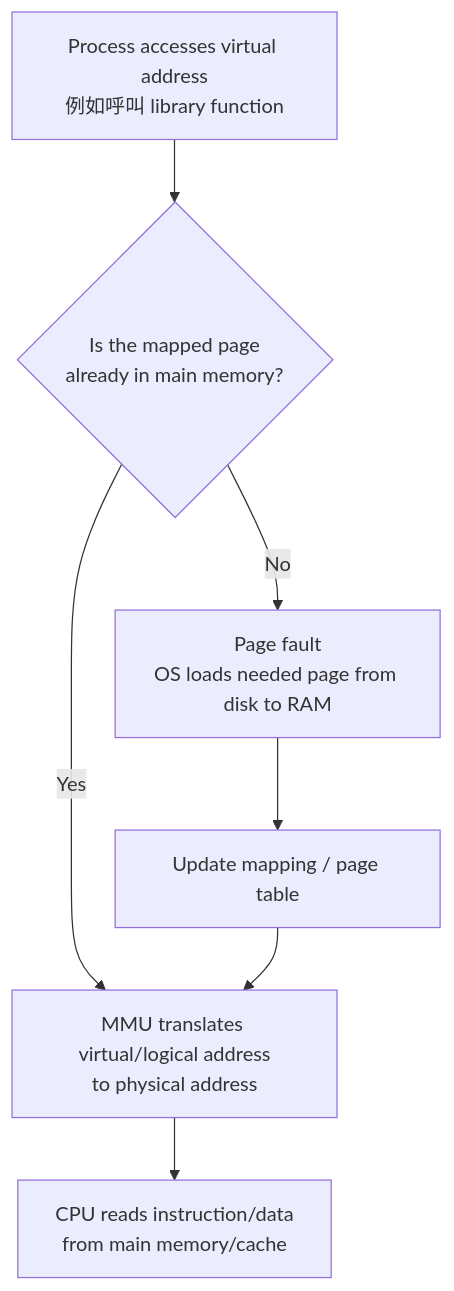
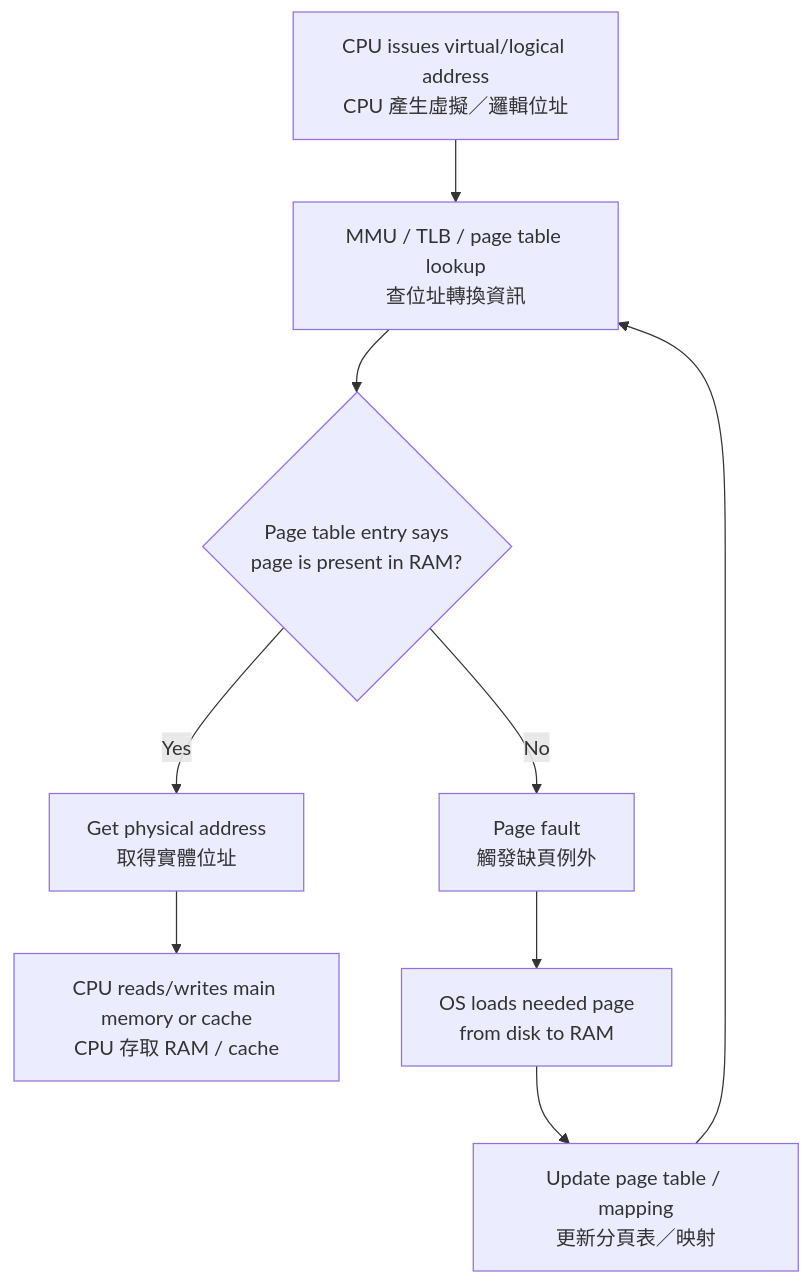
One commit to peicd100/university-notes changed the fourth of 9 diagrams in docs/md/114-2/電機_作業系統/ch 8.md. Above: the diagram before and after it, drawn with Mermaid. The commit also changed other lines of this file and 8 other files, not shown here.

````diff
--- a/docs/md/114-2/電機_作業系統/ch 8.md
+++ b/docs/md/114-2/電機_作業系統/ch 8.md
@@ -586,9 +620,11 @@
 ```mermaid
 flowchart TD
-    A["Process accesses virtual address<br>例如呼叫 library function"] --> B{"Is the mapped page<br>already in main memory?"}
-    B -- "Yes" --> C["MMU translates virtual/logical address<br>to physical address"]
-    C --> D["CPU reads instruction/data<br>from main memory/cache"]
-    B -- "No" --> E["Page fault<br>OS loads needed page from disk to RAM"]
-    E --> F["Update mapping / page table"]
-    F --> C
+    A["CPU issues virtual/logical address<br>CPU 產生虛擬／邏輯位址"] --> B["MMU / TLB / page table lookup<br>查位址轉換資訊"]
+    B --> C{"Page table entry says<br>page is present in RAM?"}
+    C -- "Yes" --> D["Get physical address<br>取得實體位址"]
+    D --> E["CPU reads/writes main memory or cache<br>CPU 存取 RAM / cache"]
+    C -- "No" --> F["Page fault<br>觸發缺頁例外"]
+    F --> G["OS loads needed page<br>from disk to RAM"]
+    G --> H["Update page table / mapping<br>更新分頁表／映射"]
+    H --> B
 ```
````
